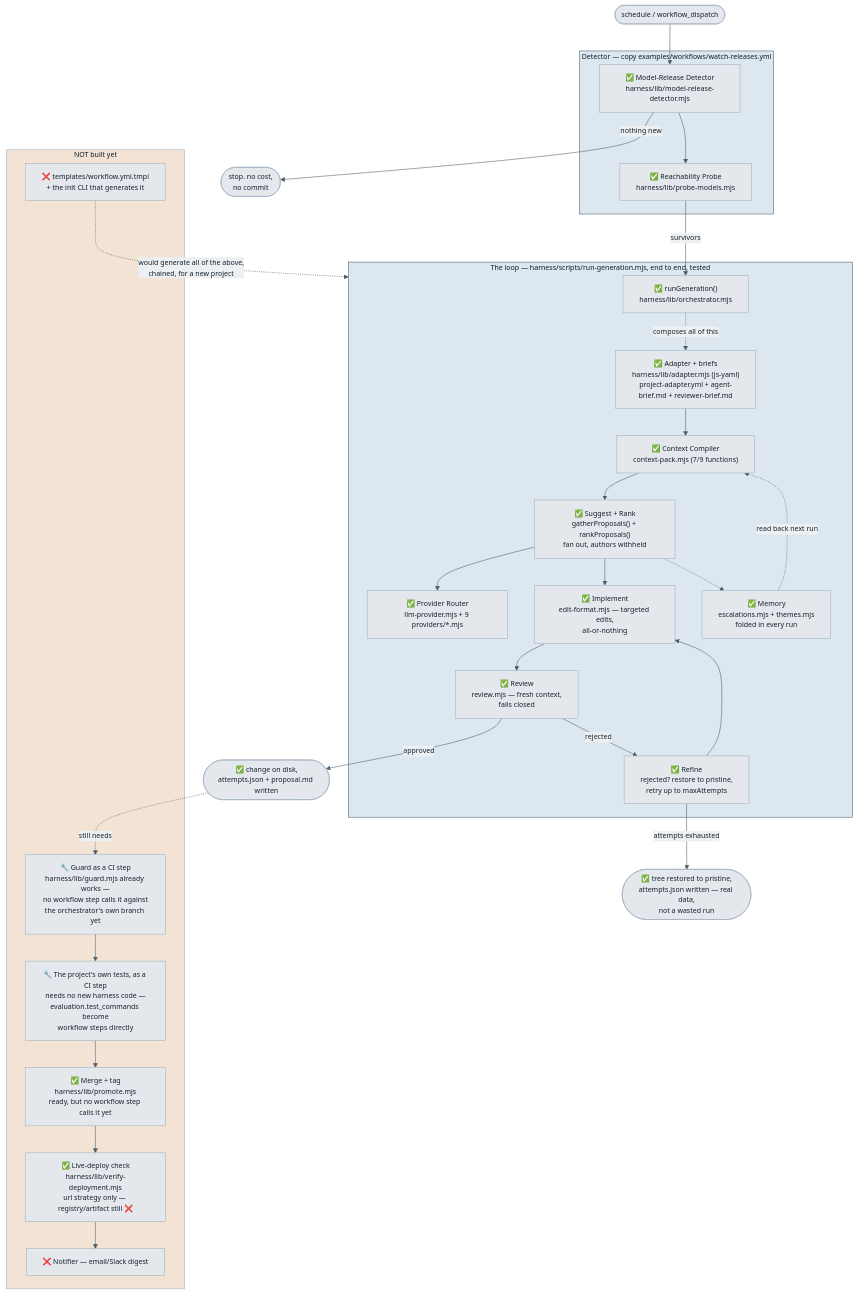
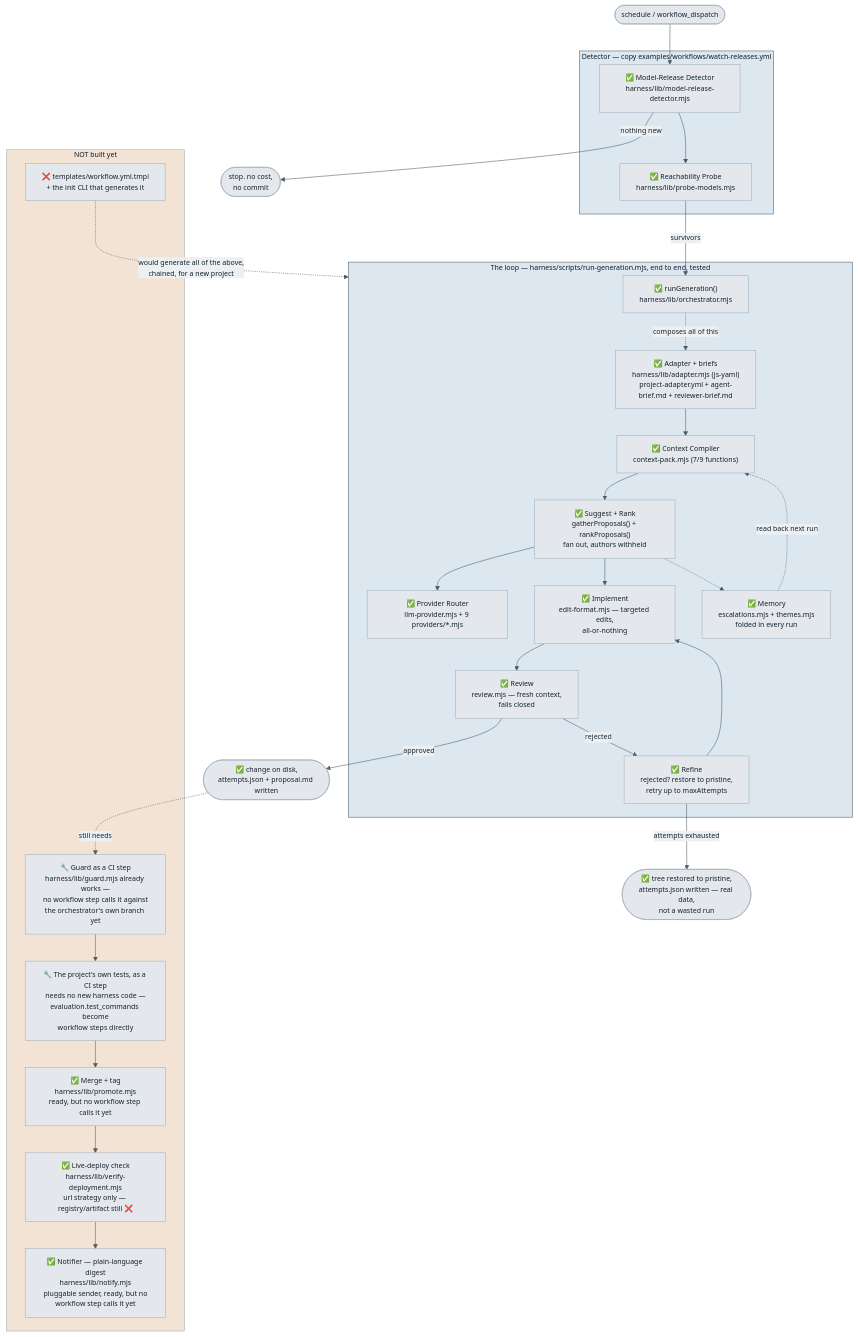
One commit to Chrisfoz/self-optimisation changed the first of 2 diagrams in ARCHITECTURE.md. Above: the diagram before and after it, drawn with Mermaid. The commit also changed other lines of this file and 11 other files, not shown here.

````diff
--- a/ARCHITECTURE.md
+++ b/ARCHITECTURE.md
@@ -26,54 +28,54 @@
 ```mermaid
 %%{init: {"theme":"base","themeVariables":{"fontSize":"13px","primaryColor":"#E4E8EC","primaryTextColor":"#14212B","primaryBorderColor":"#9FB0BE","lineColor":"#4A5C6A","secondaryColor":"#DCE7F0","tertiaryColor":"#F3E3D4","clusterBkg":"#F6F8F9","clusterBorder":"#9FB0BE","edgeLabelBackground":"#EDF0F2","textColor":"#14212B"}}}%%
 flowchart TD
   cron(["schedule / workflow_dispatch"]) --> detector
 
   subgraph detect["Detector — copy examples/workflows/watch-releases.yml"]
     detector["✅ Model-Release Detector<br/>harness/lib/model-release-detector.mjs"]
     probe["✅ Reachability Probe<br/>harness/lib/probe-models.mjs"]
     detector --> probe
   end
 
   detector -->|"nothing new"| idle(["stop. no cost,<br/>no commit"])
   probe -->|"survivors"| rungen
 
   subgraph loop["The loop — harness/scripts/run-generation.mjs, end to end, tested"]
     adapter["✅ Adapter + briefs<br/>harness/lib/adapter.mjs (js-yaml)<br/>project-adapter.yml + agent-brief.md + reviewer-brief.md"]
     rungen["✅ runGeneration()<br/>harness/lib/orchestrator.mjs"]
     router["✅ Provider Router<br/>llm-provider.mjs + 9 providers/*.mjs"]
     context["✅ Context Compiler<br/>context-pack.mjs (7/9 functions)"]
     propose["✅ Suggest + Rank<br/>gatherProposals() + rankProposals()<br/>fan out, authors withheld"]
     executor["✅ Implement<br/>edit-format.mjs — targeted edits,<br/>all-or-nothing"]
     reviewer["✅ Review<br/>review.mjs — fresh context,<br/>fails closed"]
     refine["✅ Refine<br/>rejected? restore to pristine,<br/>retry up to maxAttempts"]
     memory["✅ Memory<br/>escalations.mjs + themes.mjs<br/>folded in every run"]
 
     adapter --> context --> propose
     propose --> router
     propose --> executor --> reviewer
     reviewer -->|"rejected"| refine --> executor
     propose -.-> memory
     memory -.->|"read back next run"| context
   end
 
   rungen -.->|"composes all of this"| adapter
 
   reviewer -->|"approved"| approved(["✅ change on disk,<br/>attempts.json + proposal.md written"])
   refine -->|"attempts exhausted"| abandoned(["✅ tree restored to pristine,<br/>attempts.json written — real data,<br/>not a wasted run"])
 
   subgraph missing["NOT built yet"]
     guardstep["🔧 Guard as a CI step<br/>harness/lib/guard.mjs already works —<br/>no workflow step calls it against<br/>the orchestrator's own branch yet"]
     teststep["🔧 The project's own tests, as a CI step<br/>needs no new harness code —<br/>evaluation.test_commands become<br/>workflow steps directly"]
     promote["✅ Merge + tag<br/>harness/lib/promote.mjs<br/>ready, but no workflow step calls it yet"]
     verify["✅ Live-deploy check<br/>harness/lib/verify-deployment.mjs<br/>url strategy only — registry/artifact still ❌"]
-    notify["❌ Notifier — email/Slack digest"]
+    notify["✅ Notifier — plain-language digest<br/>harness/lib/notify.mjs<br/>pluggable sender, ready, but no<br/>workflow step calls it yet"]
     workflow["❌ templates/workflow.yml.tmpl<br/>+ the init CLI that generates it"]
   end
 
   approved -.->|"still needs"| guardstep --> teststep --> promote --> verify --> notify
   workflow -.->|"would generate all of the above,<br/>chained, for a new project"| loop
 
   style detect fill:#DCE7F0,stroke:#4A5C6A
   style loop fill:#DCE7F0,stroke:#4A5C6A
   style missing fill:#F3E3D4,stroke:#9FB0BE
 ```
````
